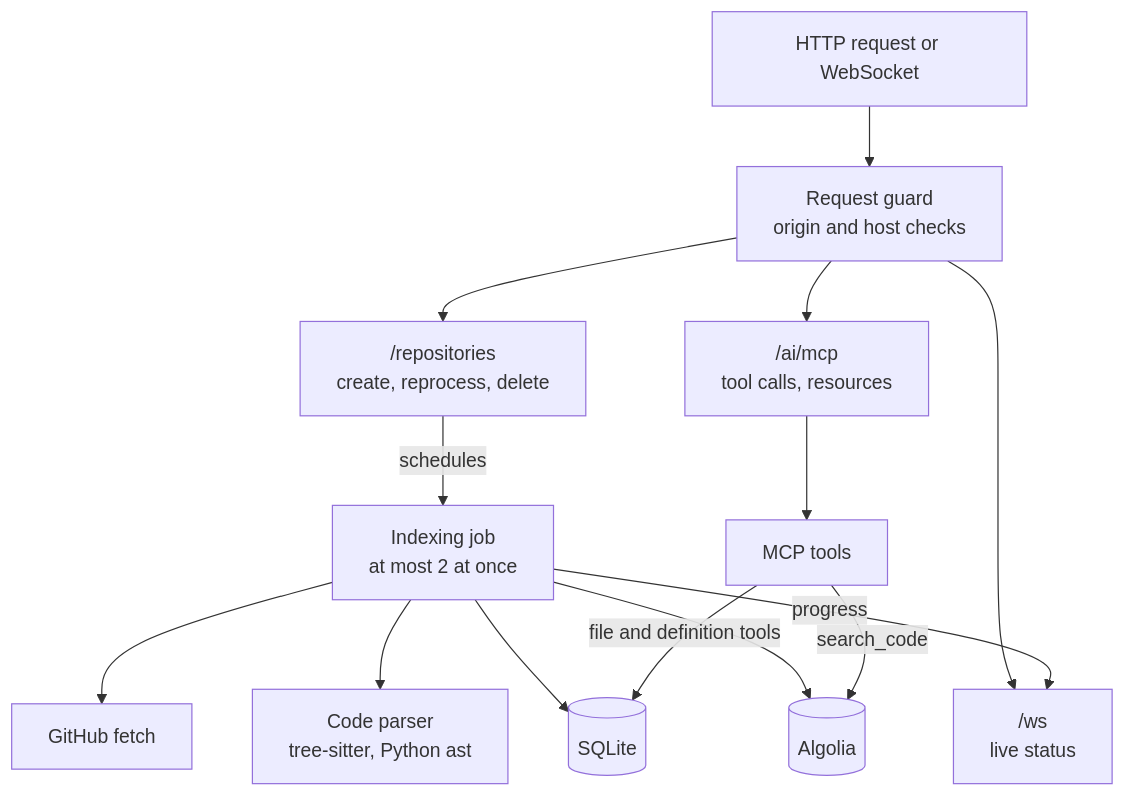
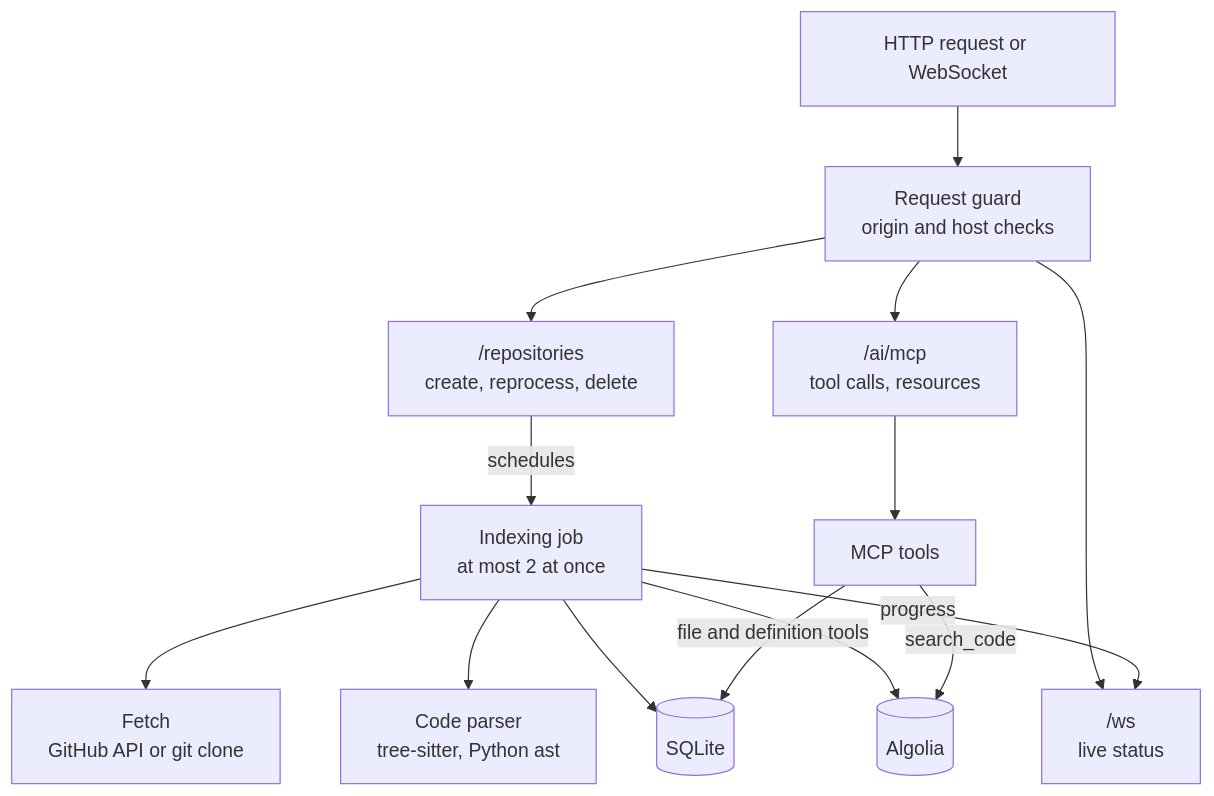
Before and after one commit to ntanwir10/codesage-algolia-challenge: the second of 8 diagrams in README.md, drawn with Mermaid. The commit also changed other lines of this file and 3 other files, not shown here.

````diff
--- a/README.md
+++ b/README.md
@@ -49,16 +49,16 @@
 ```mermaid
 flowchart TB
     request["HTTP request or WebSocket"] --> guard["Request guard<br/>origin and host checks"]
     guard --> repos["/repositories<br/>create, reprocess, delete"]
     guard --> mcp["/ai/mcp<br/>tool calls, resources"]
     guard --> ws["/ws<br/>live status"]
     repos -- "schedules" --> job["Indexing job<br/>at most 2 at once"]
-    job --> github["GitHub fetch"]
+    job --> github["Fetch<br/>GitHub API or git clone"]
     job --> parser["Code parser<br/>tree-sitter, Python ast"]
     job --> db[("SQLite")]
     job --> algolia[("Algolia")]
     job -- "progress" --> ws
     mcp --> tools["MCP tools"]
     tools -- "search_code" --> algolia
     tools -- "file and definition tools" --> db
 ```
````
